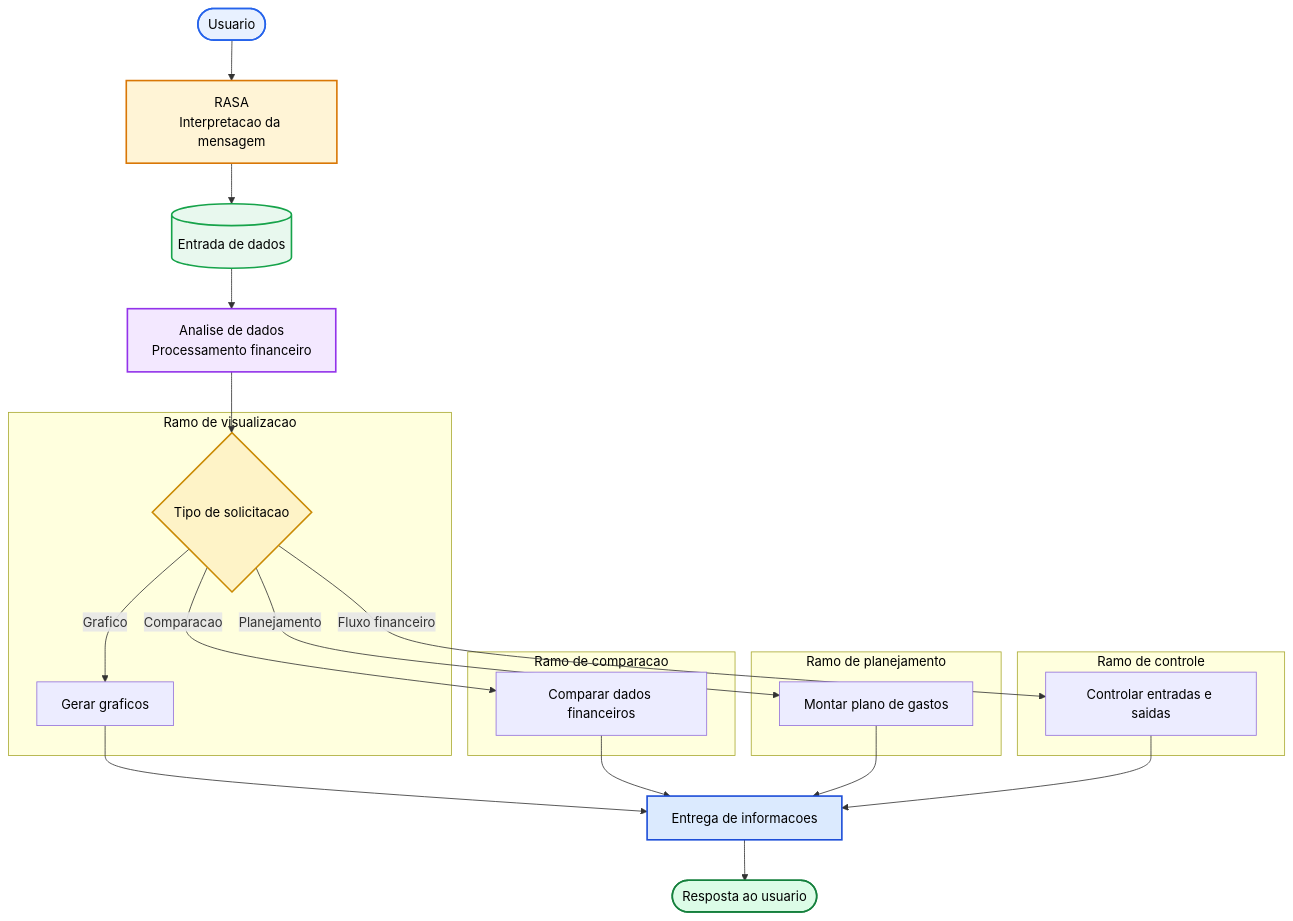
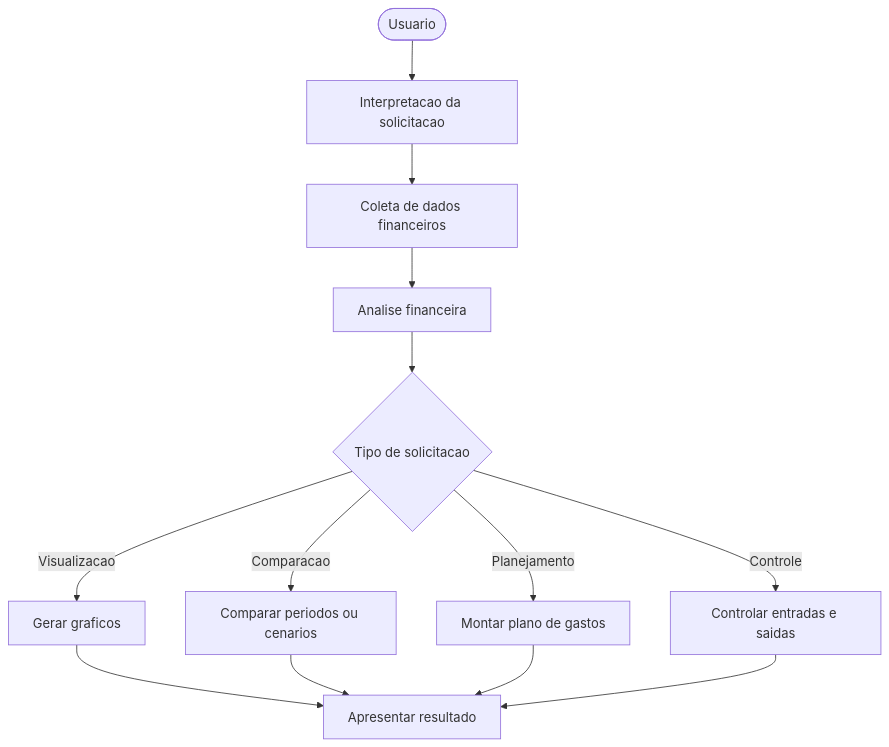
The second of 2 diagrams in documentacao.md (g-reitas037/projeto_ia), drawn with Mermaid before and after one commit. The commit also changed other lines of this file and 5 other files, not shown here.

````diff
--- a/documentacao.md
+++ b/documentacao.md
@@ -18,45 +112,15 @@
 ```mermaid
 flowchart TD
-    A([Usuario]) --> B[RASA<br/>Interpretacao da mensagem]
-    B --> C[(Entrada de dados)]
-    C --> D[Analise de dados<br/>Processamento financeiro]
+    A([Usuario]) --> B[Interpretacao da solicitacao]
+    B --> C[Coleta de dados financeiros]
+    C --> D[Analise financeira]
     D --> E{Tipo de solicitacao}
-
-    subgraph R1[Ramo de visualizacao]
-        E -->|Grafico| F[Gerar graficos]
-    end
-
-    subgraph R2[Ramo de comparacao]
-        E -->|Comparacao| G[Comparar dados financeiros]
-    end
-
-    subgraph R3[Ramo de planejamento]
-        E -->|Planejamento| H[Montar plano de gastos]
-    end
-
-    subgraph R4[Ramo de controle]
-        E -->|Fluxo financeiro| I[Controlar entradas e saidas]
-    end
-
-    F --> J[Entrega de informacoes]
+    E -->|Visualizacao| F[Gerar graficos]
+    E -->|Comparacao| G[Comparar periodos ou cenarios]
+    E -->|Planejamento| H[Montar plano de gastos]
+    E -->|Controle| I[Controlar entradas e saidas]
+    F --> J[Apresentar resultado]
     G --> J
     H --> J
     I --> J
-    J --> K([Resposta ao usuario])
-
-    style R1 color:#000
-    style R2 color:#000
-    style R3 color:#000
-    style R4 color:#000
-    style A fill:#e8f1ff,stroke:#2563eb,stroke-width:2px,color:#000
-    style B fill:#fff4d6,stroke:#d97706,stroke-width:2px,color:#000
-    style C fill:#e8f8ee,stroke:#16a34a,stroke-width:2px,color:#000
-    style D fill:#f3e8ff,stroke:#9333ea,stroke-width:2px,color:#000
-    style E fill:#fef3c7,stroke:#ca8a04,stroke-width:2px,color:#000
-    style F color:#000
-    style G color:#000
-    style H color:#000
-    style I color:#000
-    style J fill:#dbeafe,stroke:#1d4ed8,stroke-width:2px,color:#000
-    style K fill:#dcfce7,stroke:#15803d,stroke-width:2px,color:#000
 ```
````
